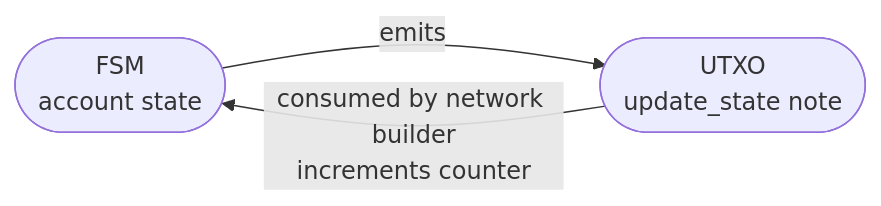
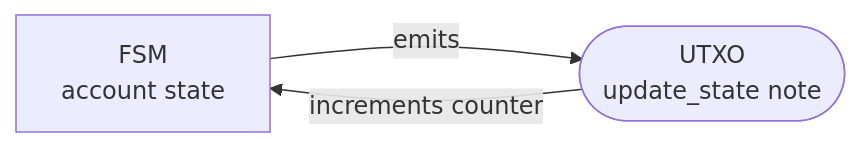
The diagram in README.md (partylikeits1983/miden-ntx-state-machine), drawn with Mermaid before and after one commit.

Commit message:
refactor: update readme

````diff
--- a/README.md
+++ b/README.md
@@ -21,8 +21,8 @@
 ```mermaid
 flowchart LR
-    FSM([FSM<br/>account state])
+    FSM[FSM<br/>account state]
     UTXO([UTXO<br/>update_state note])
 
     FSM -->|emits| UTXO
-    UTXO -->|consumed by network builder<br/>increments counter| FSM
+    UTXO -->|increments counter| FSM
 ```
````
